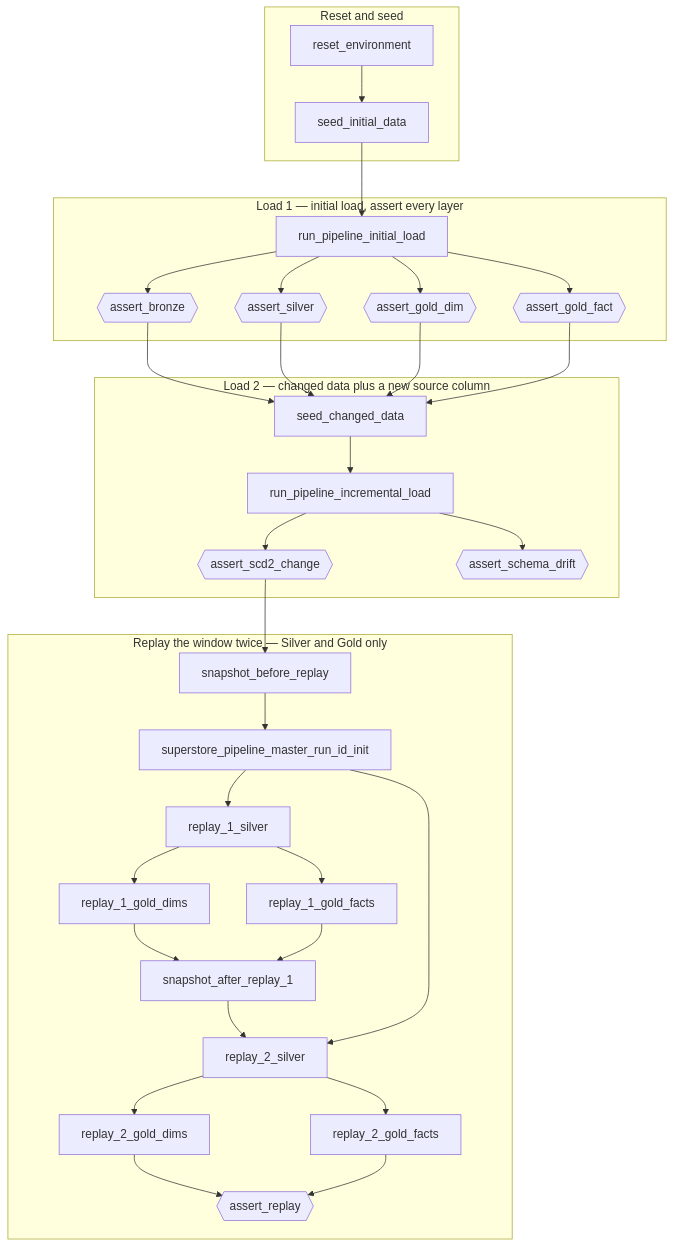
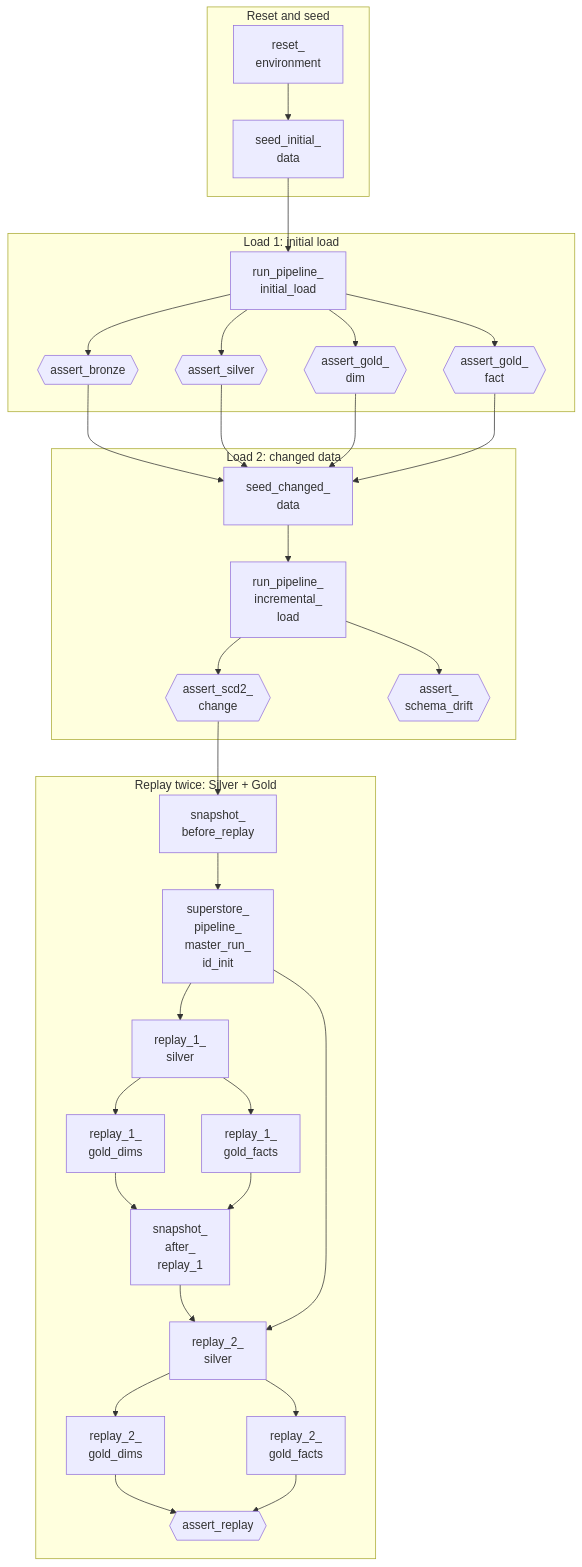
One commit to 111BM/databricks-lakehouse-platform changed the diagram in docs/TESTING_STRATEGY.md. Above: the diagram before and after it, drawn with Mermaid. The commit also changed 1 other file, not shown here.

Commit message:
Make every diagram label readable
Long task names wrap at underscores instead of being clipped, phase titles are shorter, and the README architecture diagram reads top to bottom so it stays legible at GitHub's page width. Checked in a browser render.

````diff
--- a/docs/TESTING_STRATEGY.md
+++ b/docs/TESTING_STRATEGY.md
@@ -40,58 +40,58 @@
 ```mermaid
 flowchart TD
     subgraph P0["Reset and seed"]
-        reset_environment["reset_environment"]
-        seed_initial_data["seed_initial_data"]
+        reset_environment["reset_<br/>environment"]
+        seed_initial_data["seed_initial_<br/>data"]
     end
-    subgraph P1["Load 1 — initial load, assert every layer"]
-        run_pipeline_initial_load["run_pipeline_initial_load"]
+    subgraph P1["Load 1: initial load"]
+        run_pipeline_initial_load["run_pipeline_<br/>initial_load"]
         assert_bronze{{"assert_bronze"}}
         assert_silver{{"assert_silver"}}
-        assert_gold_dim{{"assert_gold_dim"}}
-        assert_gold_fact{{"assert_gold_fact"}}
+        assert_gold_dim{{"assert_gold_<br/>dim"}}
+        assert_gold_fact{{"assert_gold_<br/>fact"}}
     end
-    subgraph P2["Load 2 — changed data plus a new source column"]
-        seed_changed_data["seed_changed_data"]
-        run_pipeline_incremental_load["run_pipeline_incremental_load"]
-        assert_scd2_change{{"assert_scd2_change"}}
-        assert_schema_drift{{"assert_schema_drift"}}
+    subgraph P2["Load 2: changed data"]
+        seed_changed_data["seed_changed_<br/>data"]
+        run_pipeline_incremental_load["run_pipeline_<br/>incremental_<br/>load"]
+        assert_scd2_change{{"assert_scd2_<br/>change"}}
+        assert_schema_drift{{"assert_<br/>schema_drift"}}
     end
-    subgraph P3["Replay the window twice — Silver and Gold only"]
-        snapshot_before_replay["snapshot_before_replay"]
-        superstore_pipeline_master_run_id_init["superstore_pipeline_master_run_id_init"]
-        replay_1_silver["replay_1_silver"]
-        replay_1_gold_dims["replay_1_gold_dims"]
-        replay_1_gold_facts["replay_1_gold_facts"]
-        snapshot_after_replay_1["snapshot_after_replay_1"]
-        replay_2_silver["replay_2_silver"]
-        replay_2_gold_dims["replay_2_gold_dims"]
-        replay_2_gold_facts["replay_2_gold_facts"]
+    subgraph P3["Replay twice: Silver + Gold"]
+        snapshot_before_replay["snapshot_<br/>before_replay"]
+        superstore_pipeline_master_run_id_init["superstore_<br/>pipeline_<br/>master_run_<br/>id_init"]
+        replay_1_silver["replay_1_<br/>silver"]
+        replay_1_gold_dims["replay_1_<br/>gold_dims"]
+        replay_1_gold_facts["replay_1_<br/>gold_facts"]
+        snapshot_after_replay_1["snapshot_<br/>after_<br/>replay_1"]
+        replay_2_silver["replay_2_<br/>silver"]
+        replay_2_gold_dims["replay_2_<br/>gold_dims"]
+        replay_2_gold_facts["replay_2_<br/>gold_facts"]
         assert_replay{{"assert_replay"}}
     end
     reset_environment --> seed_initial_data
     seed_initial_data --> run_pipeline_initial_load
     run_pipeline_initial_load --> assert_bronze
     run_pipeline_initial_load --> assert_silver
     run_pipeline_initial_load --> assert_gold_dim
     run_pipeline_initial_load --> assert_gold_fact
     assert_bronze --> seed_changed_data
     assert_silver --> seed_changed_data
     assert_gold_dim --> seed_changed_data
     assert_gold_fact --> seed_changed_data
     seed_changed_data --> run_pipeline_incremental_load
     run_pipeline_incremental_load --> assert_scd2_change
     run_pipeline_incremental_load --> assert_schema_drift
     assert_scd2_change --> snapshot_before_replay
     snapshot_before_replay --> superstore_pipeline_master_run_id_init
     superstore_pipeline_master_run_id_init --> replay_1_silver
     replay_1_silver --> replay_1_gold_dims
     replay_1_silver --> replay_1_gold_facts
     replay_1_gold_dims --> snapshot_after_replay_1
     replay_1_gold_facts --> snapshot_after_replay_1
     snapshot_after_replay_1 --> replay_2_silver
     superstore_pipeline_master_run_id_init --> replay_2_silver
     replay_2_silver --> replay_2_gold_dims
     replay_2_silver --> replay_2_gold_facts
     replay_2_gold_dims --> assert_replay
     replay_2_gold_facts --> assert_replay
 ```
````
